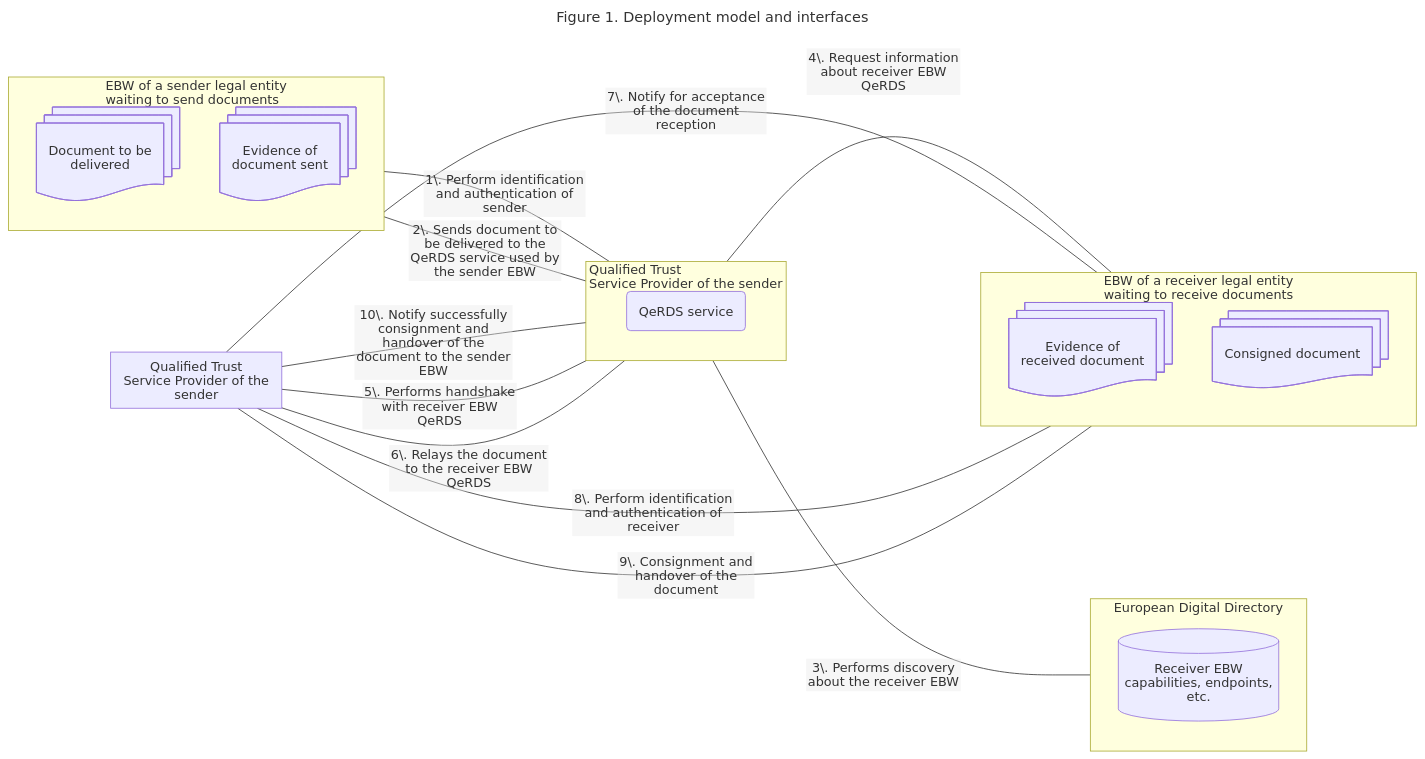
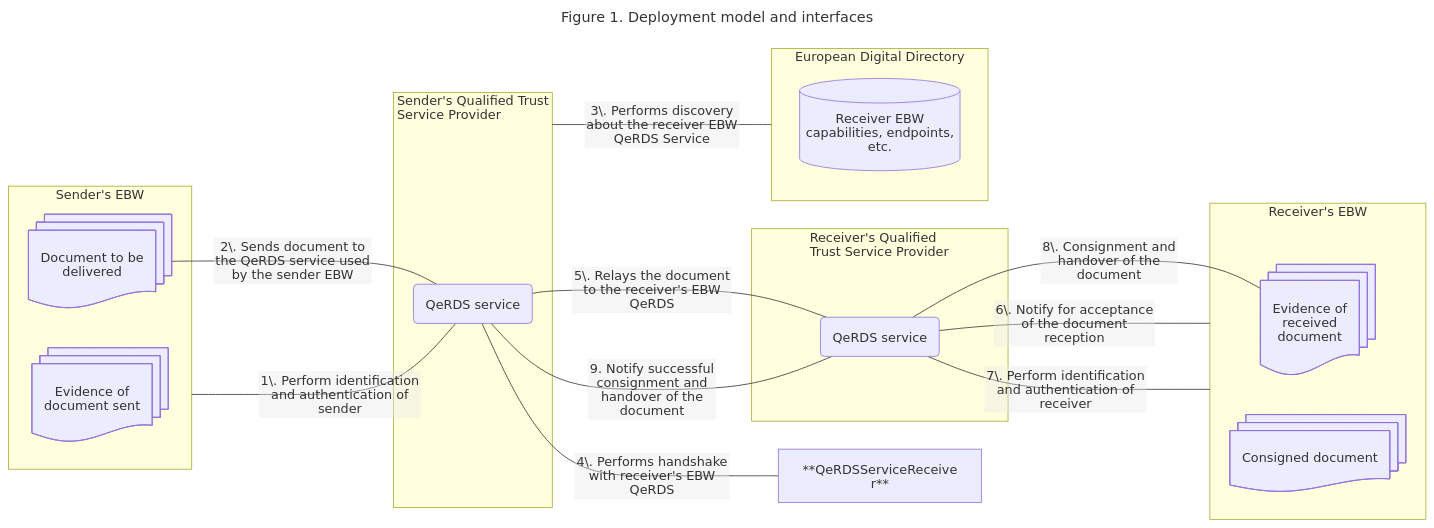
The diagram in docs/qerds/architecture.md (DigitelTS/wp4-qtsp-group), drawn with Mermaid before and after one commit. The commit also changed other lines of this file, not shown here.

Commit message:
Updated QeRDS model.

````diff
--- a/docs/qerds/architecture.md
+++ b/docs/qerds/architecture.md
@@ -57,53 +57,48 @@
 ```mermaid
 ---
 title: Figure 1. Deployment model and interfaces
 config:
   htmlLabels: false
   markdownAutoWrap: true
   flowchart:
     #defaultRenderer: "elk"
 ---
 flowchart LR
-subgraph Sender[EBW of a sender legal entity 
-    waiting to send documents]
-
+subgraph Sender[Sender's EBW]
     msg[Document to be 
     delivered]@{shape: docs}
     evidenceSender[Evidence of 
    document sent
     ]@{shape: docs}
 end
-subgraph Receiver[EBW of a receiver legal entity 
-    waiting to receive documents]
-
+subgraph Receiver[Receiver's EBW]
     evidenceReceiver[Evidence of 
-    received document 
+    received 
+    document 
     ]@{shape: docs}
     documentReceiver[Consigned document 
     ]@{shape: docs}
 end
-subgraph SenderQTSP[Qualified Trust 
-Service Provider of the sender]
-    APS[QeRDS service]@{shape: rounded}
+subgraph SenderQTSP[Sender's Qualified Trust 
+Service Provider]
+    QeRDSServiceSender[QeRDS service]@{shape: rounded}
 end
-subgraph ReceiverQTSP[Qualified Trust 
-Service Provider of the sender]
-    APS[QeRDS service]@{shape: rounded}
+subgraph ReceiverQTSP[Receiver's Qualified 
+Trust Service Provider]
+    QeRDSServiceReceiver[QeRDS service]@{shape: rounded}
 end
 subgraph EUD[European Digital Directory]
 discoveryInfo[ Receiver EBW capabilities, endpoints, 
     etc.]@{shape: cyl}
 end
 
-Sender ---|1\. Perform identification and authentication of sender| SenderQTSP
-Sender ---|2\. Sends document to be delivered to the QeRDS service used by the sender EBW| SenderQTSP
-SenderQTSP ---|3\. Performs discovery about the receiver EBW| EUD
-SenderQTSP ---|4\. Request information about receiver EBW QeRDS| Receiver
-SenderQTSP ---|5\. Performs handshake with receiver EBW QeRDS| ReceiverQTSP
-SenderQTSP ---|6\. Relays the document to the receiver EBW QeRDS| ReceiverQTSP
-ReceiverQTSP ---|7\. Notify for acceptance of the document reception| Receiver
-ReceiverQTSP ---|8\. Perform identification and authentication of receiver| Receiver
-ReceiverQTSP ---|9\. Consignment and handover of the document| Receiver
-ReceiverQTSP ---|10\. Notify successfully consignment and handover of the document to the sender EBW| SenderQTSP
-
+Sender ---|1\. Perform identification and authentication of sender| QeRDSServiceSender
+msg ---|2\. Sends document to the QeRDS service used by the sender EBW| QeRDSServiceSender
+SenderQTSP ---|3\. Performs discovery about the receiver EBW QeRDS Service| EUD
+QeRDSServiceSender ---|4\. Performs handshake with receiver's EBW QeRDS| **QeRDSServiceReceiver**
+QeRDSServiceSender ---|5\. Relays the document to the receiver's EBW QeRDS| QeRDSServiceReceiver
+QeRDSServiceReceiver ---|6\. Notify for acceptance of the document reception| Receiver
+Receiver ---|7\. Perform identification and authentication of receiver| QeRDSServiceReceiver
+QeRDSServiceReceiver ---|8\. Consignment and handover of the document| evidenceReceiver
+QeRDSServiceReceiver ---|9. Notify successful consignment and handover of the document| QeRDSServiceSender
 ```
````
